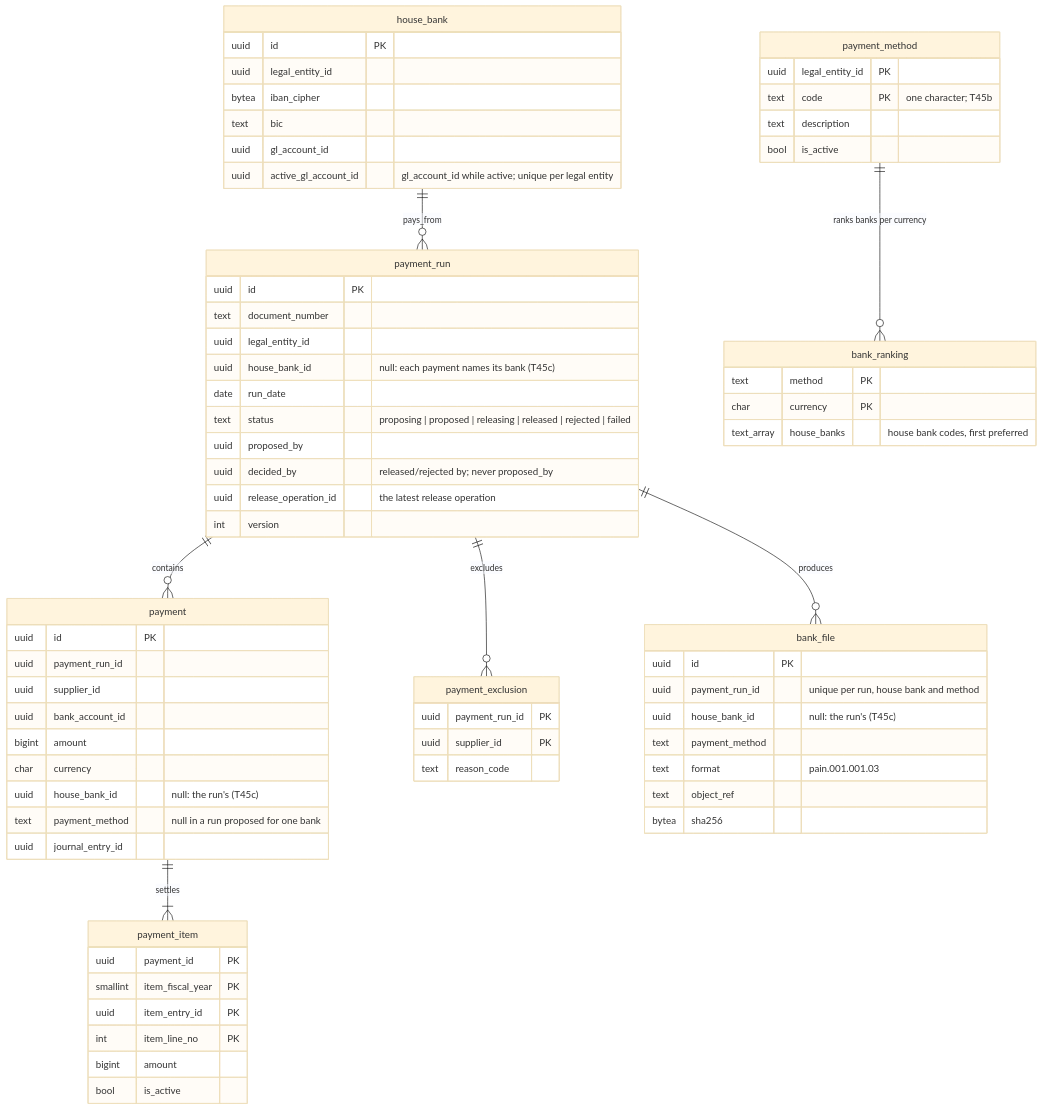
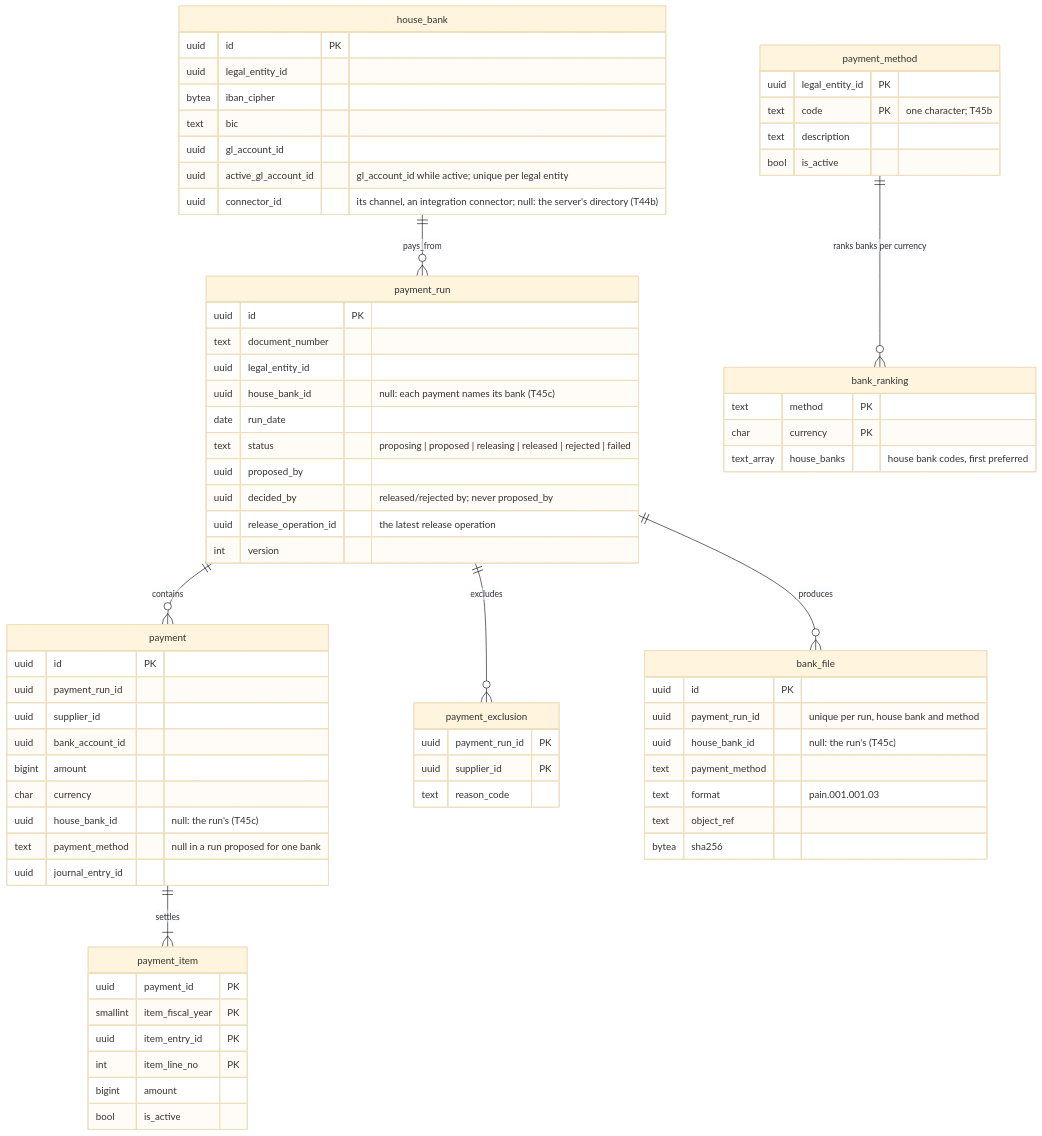
The eighth of 9 diagrams in docs/design/03-data-model.md (mustie7iy/agentic-erp), drawn with Mermaid (base theme) before and after one commit. The commit also changed other lines of this file and 21 other files, not shown here.

First line of the commit message:
Each house bank names its bank channel; transmission resolves it per bank (T44b)

````diff
--- a/docs/design/03-data-model.md
+++ b/docs/design/03-data-model.md
@@ -1226,57 +1226,58 @@
 ```mermaid
 erDiagram
   house_bank ||--o{ payment_run : pays_from
   payment_run ||--o{ payment : contains
   payment ||--|{ payment_item : settles
   payment_run ||--o{ payment_exclusion : excludes
   payment_run ||--o{ bank_file : produces
   payment_method ||--o{ bank_ranking : "ranks banks per currency"
   payment_method { uuid legal_entity_id PK
     text code PK "one character; T45b"
     text description
     bool is_active }
   bank_ranking { text method PK
     char currency PK
     text_array house_banks "house bank codes, first preferred" }
   payment_run { uuid id PK
     text document_number
     uuid legal_entity_id
     uuid house_bank_id "null: each payment names its bank (T45c)"
     date run_date
     text status "proposing | proposed | releasing | released | rejected | failed"
     uuid proposed_by
     uuid decided_by "released/rejected by; never proposed_by"
     uuid release_operation_id "the latest release operation"
     int version }
   payment { uuid id PK
     uuid payment_run_id
     uuid supplier_id
     uuid bank_account_id
     bigint amount
     char currency
     uuid house_bank_id "null: the run's (T45c)"
     text payment_method "null in a run proposed for one bank"
     uuid journal_entry_id }
   payment_item { uuid payment_id PK
     smallint item_fiscal_year PK
     uuid item_entry_id PK
     int item_line_no PK
     bigint amount
     bool is_active }
   payment_exclusion { uuid payment_run_id PK
     uuid supplier_id PK
     text reason_code }
   house_bank { uuid id PK
     uuid legal_entity_id
     bytea iban_cipher
     text bic
     uuid gl_account_id
-    uuid active_gl_account_id "gl_account_id while active; unique per legal entity" }
+    uuid active_gl_account_id "gl_account_id while active; unique per legal entity"
+    uuid connector_id "its channel, an integration connector; null: the server's directory (T44b)" }
   bank_file { uuid id PK
     uuid payment_run_id "unique per run, house bank and method"
     uuid house_bank_id "null: the run's (T45c)"
     text payment_method
     text format "pain.001.001.03"
     text object_ref
     bytea sha256 }
 ```
````
